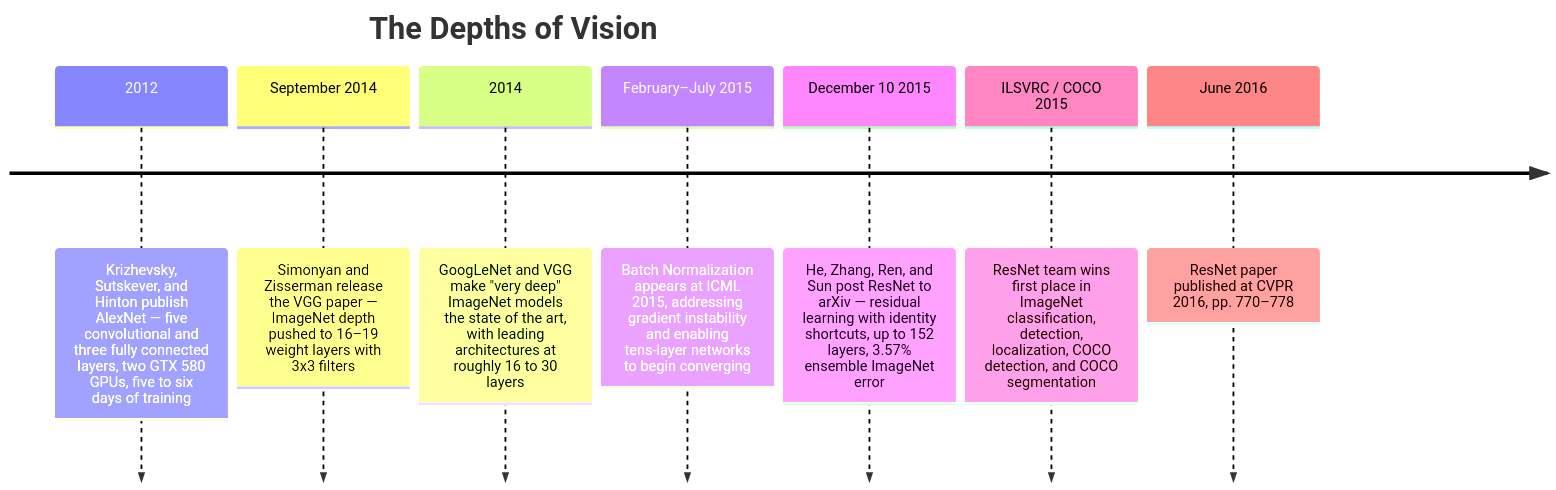
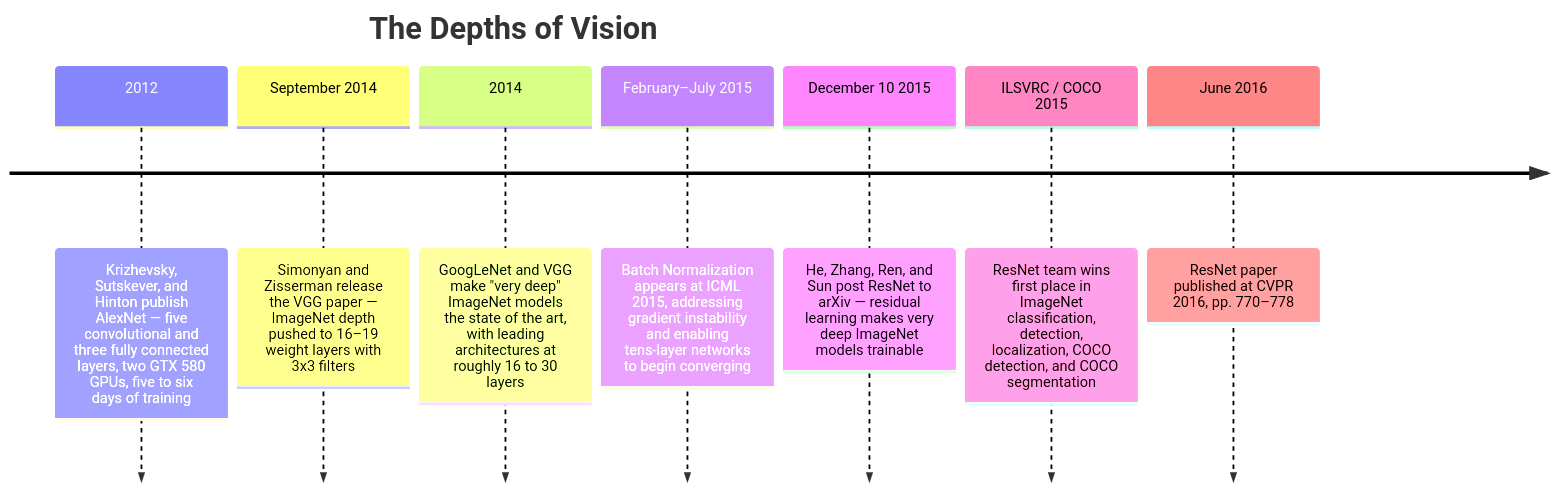
The diagram in src/content/docs/ai-history/ch-47-the-depths-of-vision.md (krisztiankoos/kubedojo), drawn with Mermaid before and after one commit. The commit also changed other lines of this file and 2 other files, not shown here.

````diff
--- a/src/content/docs/ai-history/ch-47-the-depths-of-vision.md
+++ b/src/content/docs/ai-history/ch-47-the-depths-of-vision.md
@@ -29,11 +29,11 @@
 ```mermaid
 timeline
     title The Depths of Vision
     2012 : Krizhevsky, Sutskever, and Hinton publish AlexNet — five convolutional and three fully connected layers, two GTX 580 GPUs, five to six days of training
     September 2014 : Simonyan and Zisserman release the VGG paper — ImageNet depth pushed to 16–19 weight layers with 3x3 filters
     2014 : GoogLeNet and VGG make "very deep" ImageNet models the state of the art, with leading architectures at roughly 16 to 30 layers
     February–July 2015 : Batch Normalization appears at ICML 2015, addressing gradient instability and enabling tens-layer networks to begin converging
-    December 10 2015 : He, Zhang, Ren, and Sun post ResNet to arXiv — residual learning with identity shortcuts, up to 152 layers, 3.57% ensemble ImageNet error
+    December 10 2015 : He, Zhang, Ren, and Sun post ResNet to arXiv — residual learning makes very deep ImageNet models trainable
     ILSVRC / COCO 2015 : ResNet team wins first place in ImageNet classification, detection, localization, COCO detection, and COCO segmentation
     June 2016 : ResNet paper published at CVPR 2016, pp. 770–778
 ```
````
